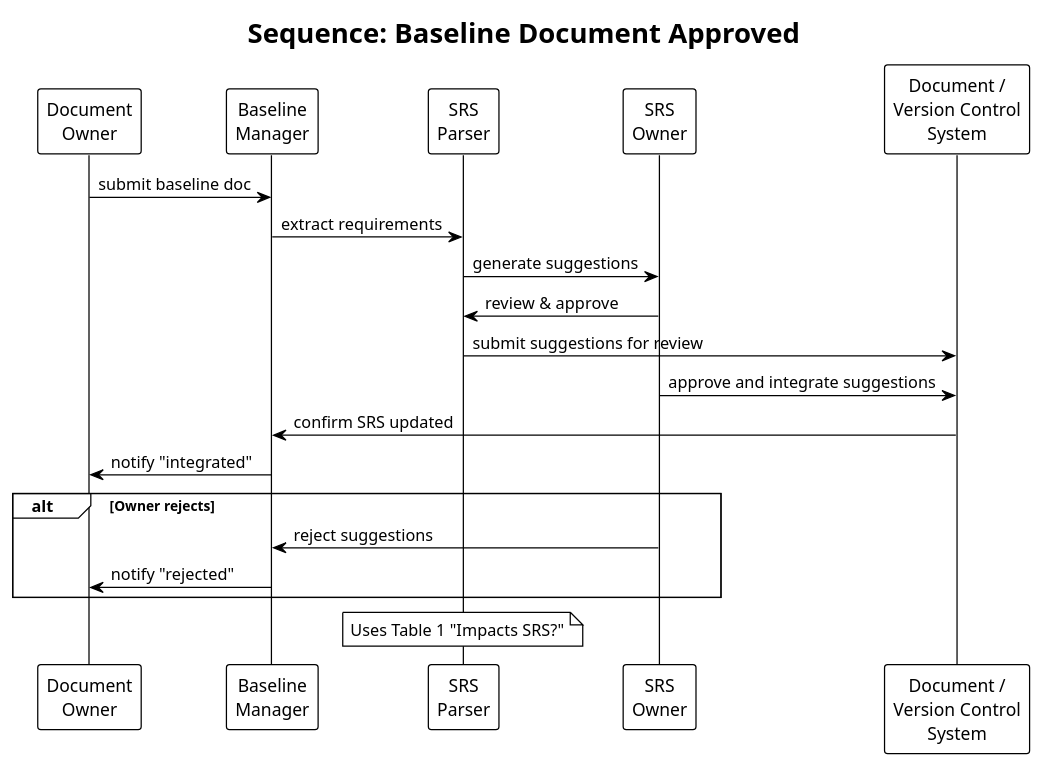
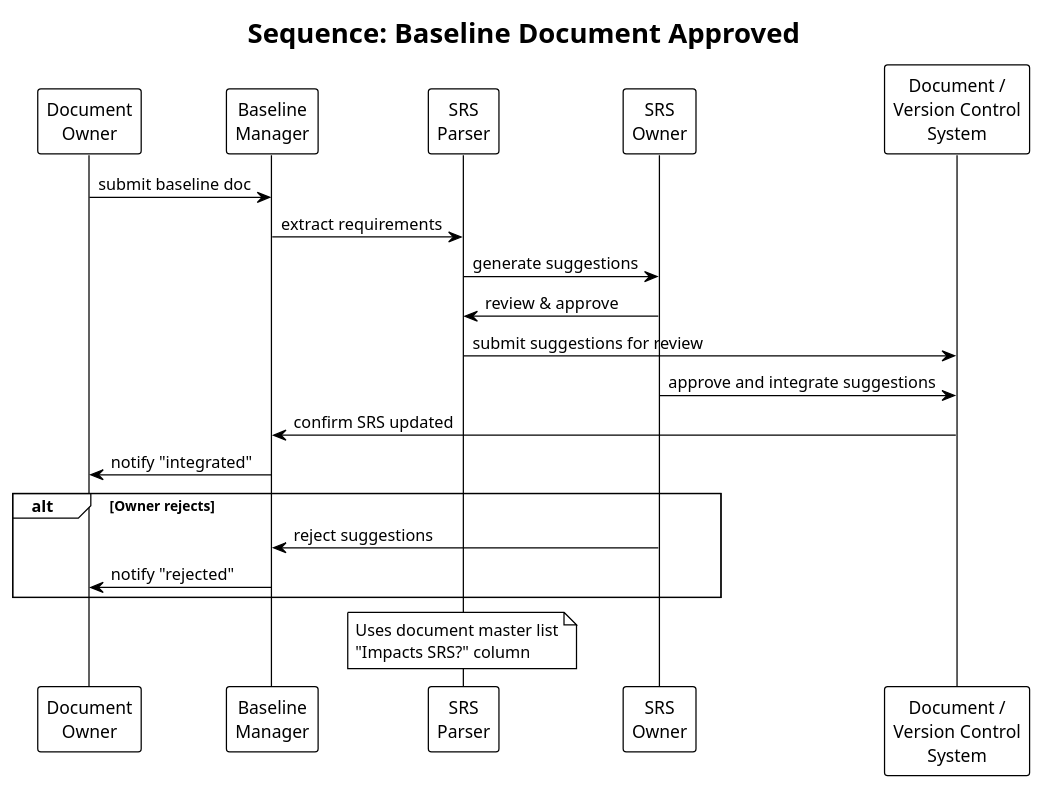
One commit to KantorVera-AI/srs-review-agent changed the diagram in docs/04-diagrams/sequences/baseline-approved-sequence.puml. Above: the diagram before and after it, drawn with PlantUML. The commit also changed 55 other files, not shown here.

```diff
--- a/docs/04-diagrams/sequences/baseline-approved-sequence.puml
+++ b/docs/04-diagrams/sequences/baseline-approved-sequence.puml
@@ -1,29 +1,30 @@
 @startuml baseline-sequence
 !theme plain
 title Sequence: Baseline Document Approved
 
 participant "Document\nOwner" as Owner
 participant "Baseline\nManager" as Baseline
 participant "SRS\nParser" as Parser
 participant "SRS\nOwner" as SRSOwner
 participant "Document /\nVersion Control\nSystem" as DocSystem
 
 Owner -> Baseline: submit baseline doc
 Baseline -> Parser: extract requirements
 Parser -> SRSOwner: generate suggestions
 SRSOwner -> Parser: review & approve
 Parser -> DocSystem: submit suggestions for review
 SRSOwner -> DocSystem: approve and integrate suggestions
 DocSystem -> Baseline: confirm SRS updated
 Baseline -> Owner: notify "integrated"
 
 alt Owner rejects
   SRSOwner -> Baseline: reject suggestions
   Baseline -> Owner: notify "rejected"
 end
 
 note over Parser
-  Uses Table 1 "Impacts SRS?"
+  Uses document master list
+  "Impacts SRS?" column
 end note
 
 @enduml
```
